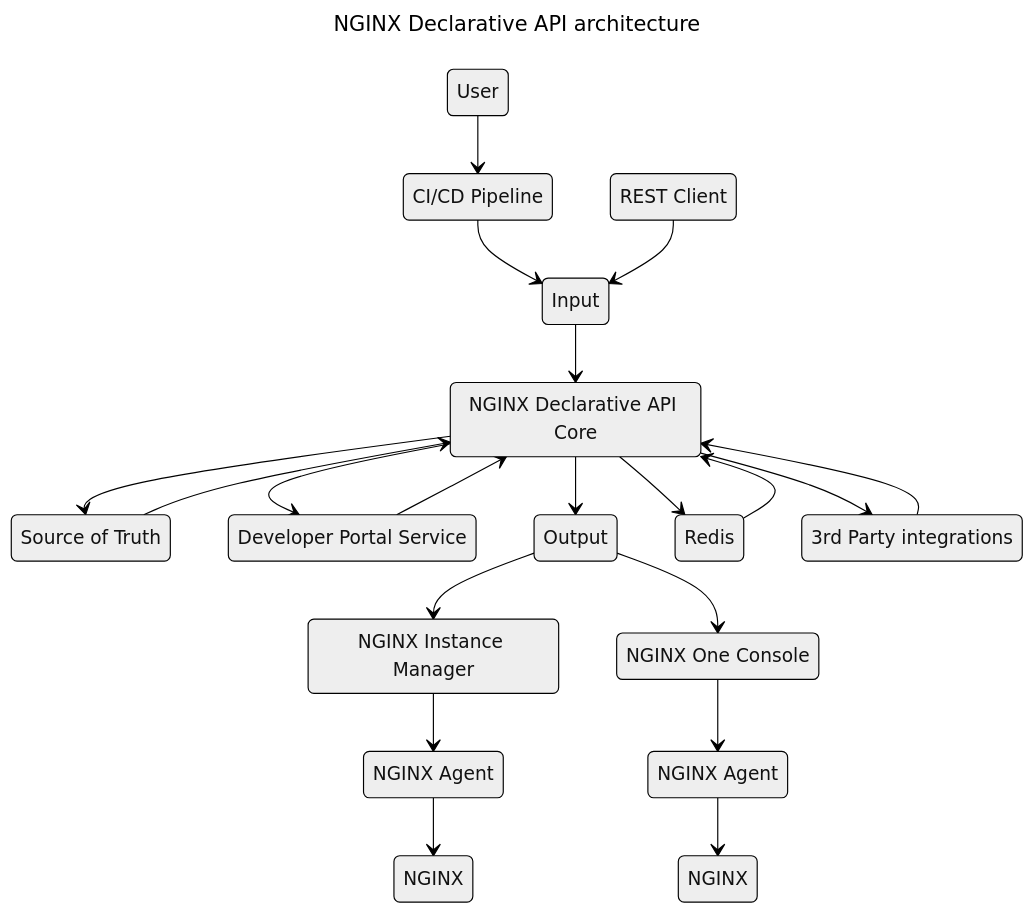
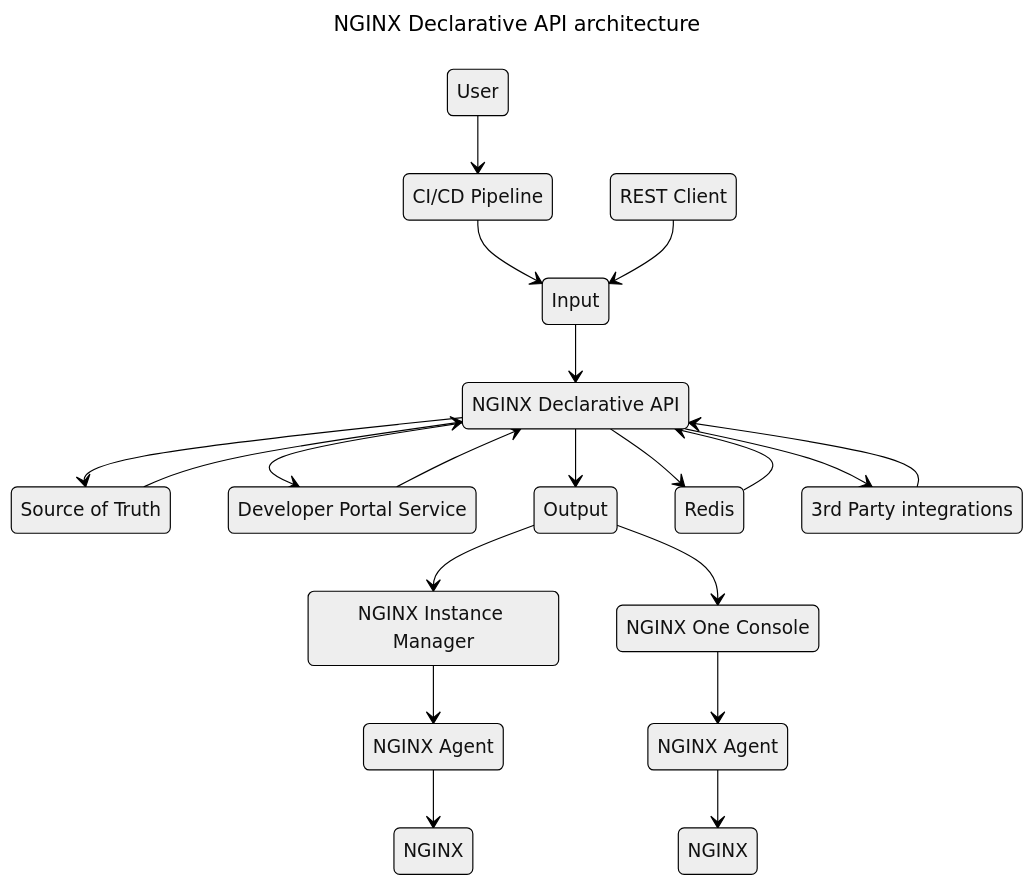
Before and after one commit to f5devcentral/NGINX-Declarative-API: the first of 3 diagrams in README.md, drawn with Mermaid (neutral theme). The commit also changed other lines of this file and 114 other files, not shown here.

````diff
--- a/README.md
+++ b/README.md
@@ -40,42 +40,42 @@
 ```mermaid
 ---
 title: NGINX Declarative API architecture
 ---
 stateDiagram-v2
     DevOps: User
     Client: REST Client
     Pipeline: CI/CD Pipeline
     NIM: NGINX Instance Manager
     N1: NGINX One Console
     AGENT1: NGINX Agent
     NGINX1: NGINX
     AGENT2: NGINX Agent
     NGINX2: NGINX
     INPUT: Input
     SOT: Source of Truth
-    NDAPI: NGINX Declarative API Core
+    NDAPI: NGINX Declarative API
     DEVP: Developer Portal Service
     OUTPUT: Output
     REDIS: Redis
     3RDPARTY: 3rd Party integrations
 
     DevOps --> Pipeline
     Pipeline --> INPUT
     Client --> INPUT
     INPUT --> NDAPI
     NDAPI --> OUTPUT
     NDAPI --> SOT
     SOT --> NDAPI
     NDAPI --> 3RDPARTY
     3RDPARTY --> NDAPI
     NDAPI --> REDIS
     REDIS --> NDAPI
     OUTPUT --> NIM
     OUTPUT --> N1
     NDAPI --> DEVP
     DEVP --> NDAPI
     NIM --> AGENT1
     AGENT1 --> NGINX1
     N1 --> AGENT2
     AGENT2 --> NGINX2
 ```
````
